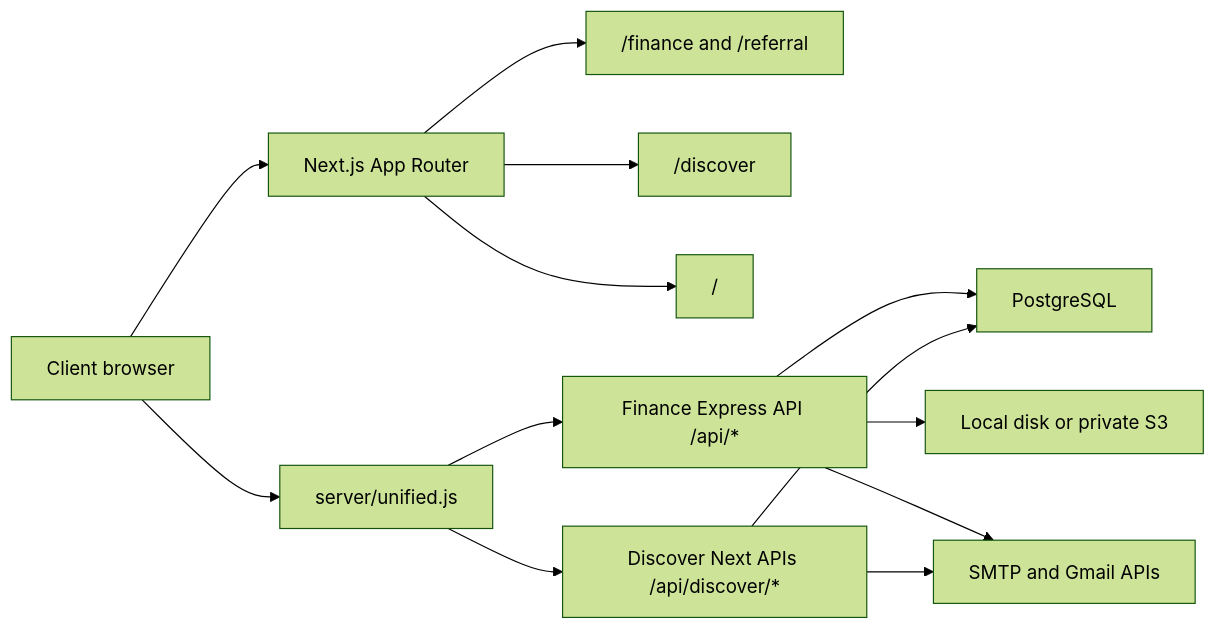
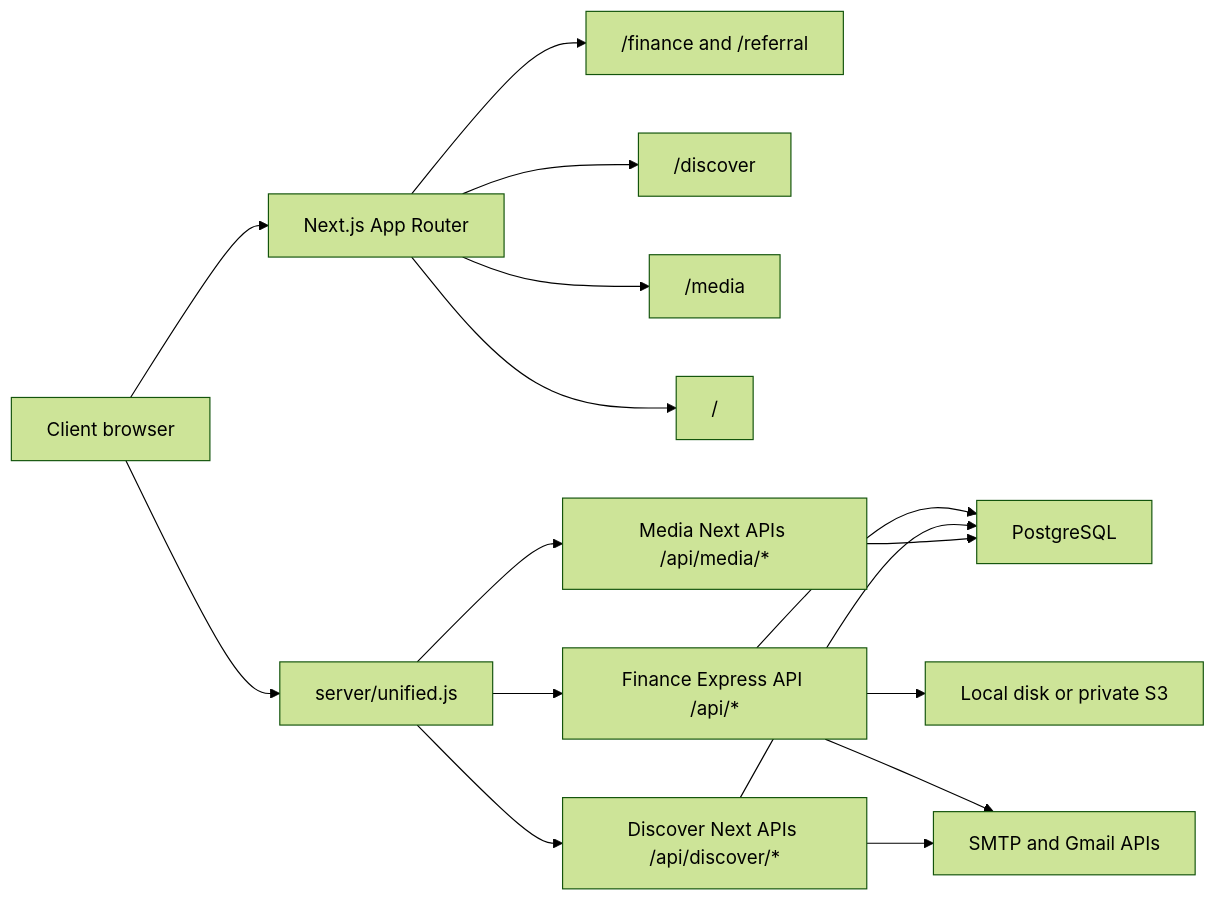
Before and after one commit to weirdo-github/setu-systems: the diagram in docs/SETU_SYSTEMS_ARCHITECTURE.md, drawn with Mermaid (forest theme). The commit also changed other lines of this file and 39 other files, not shown here.

````diff
--- a/docs/SETU_SYSTEMS_ARCHITECTURE.md
+++ b/docs/SETU_SYSTEMS_ARCHITECTURE.md
@@ -9,15 +9,18 @@
 ```mermaid
 flowchart LR
     Browser["Client browser"] --> Next["Next.js App Router"]
     Next --> FinanceUI["/finance and /referral"]
     Next --> DiscoverUI["/discover"]
+    Next --> MediaUI["/media"]
     Next --> Landing["/"]
     Browser --> Unified["server/unified.js"]
     Unified --> FinanceAPI["Finance Express API /api/*"]
     Unified --> DiscoverAPI["Discover Next APIs /api/discover/*"]
+    Unified --> MediaAPI["Media Next APIs /api/media/*"]
     FinanceAPI --> Postgres["PostgreSQL"]
     DiscoverAPI --> Postgres
+    MediaAPI --> Postgres
     FinanceAPI --> Storage["Local disk or private S3"]
     FinanceAPI --> Email["SMTP and Gmail APIs"]
     DiscoverAPI --> Email
 ```
````
